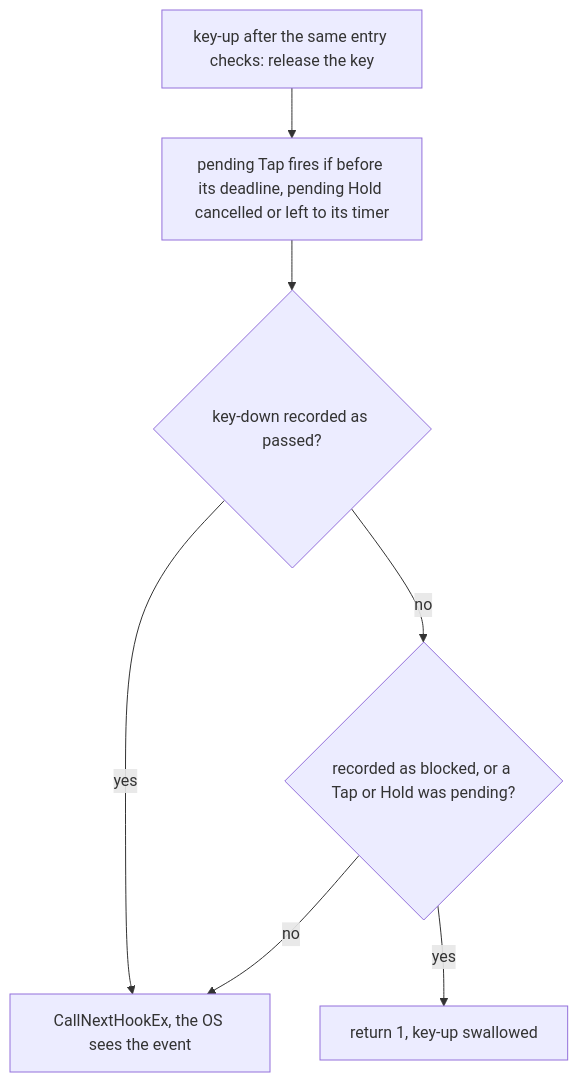
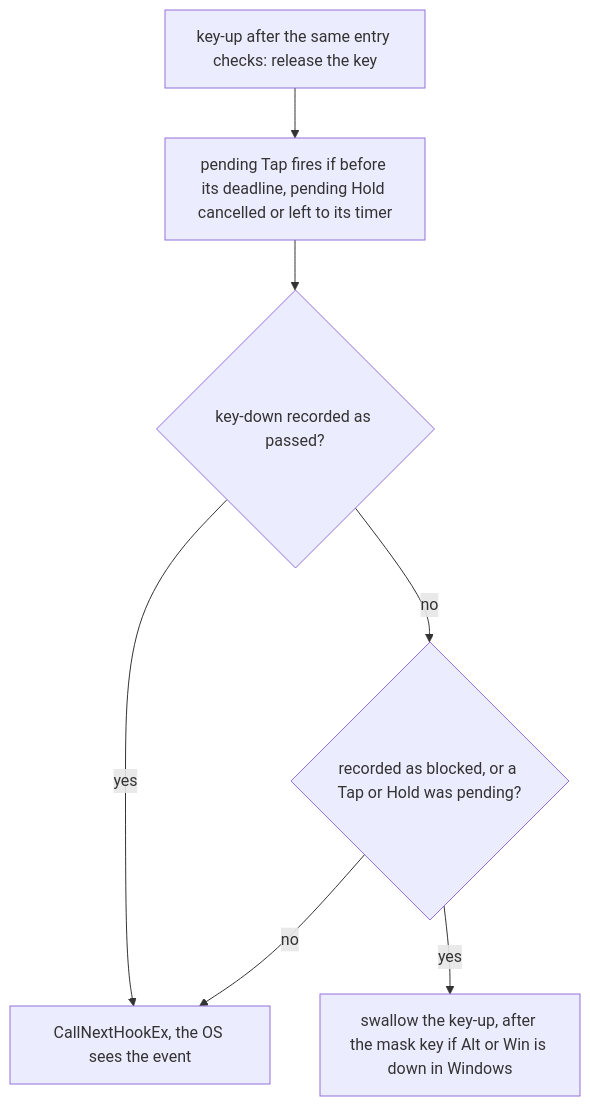
The fourth of 7 diagrams in book/src/architecture.md (bluesteelll/key-switch-rs), drawn with Mermaid before and after one commit. The commit also changed other lines of this file and 19 other files, not shown here.

First line of the commit message:
Book: describe master after roadmap Phase 1 (20af28d)

````diff
--- a/book/src/architecture.md
+++ b/book/src/architecture.md
@@ -254,10 +277,10 @@
 ```mermaid
 flowchart TD
     UP["key-up after the same entry checks: release the key"]
     UP --> TAP["pending Tap fires if before its deadline, pending Hold cancelled or left to its timer"]
     TAP --> PQ{"key-down recorded as passed?"}
     PQ -->|"yes"| PASS["CallNextHookEx, the OS sees the event"]
     PQ -->|"no"| BQ{"recorded as blocked, or a Tap or Hold was pending?"}
-    BQ -->|"yes"| SW["return 1, key-up swallowed"]
+    BQ -->|"yes"| SW["swallow the key-up, after the mask key if Alt or Win is down in Windows"]
     BQ -->|"no"| PASS
 ```
````
